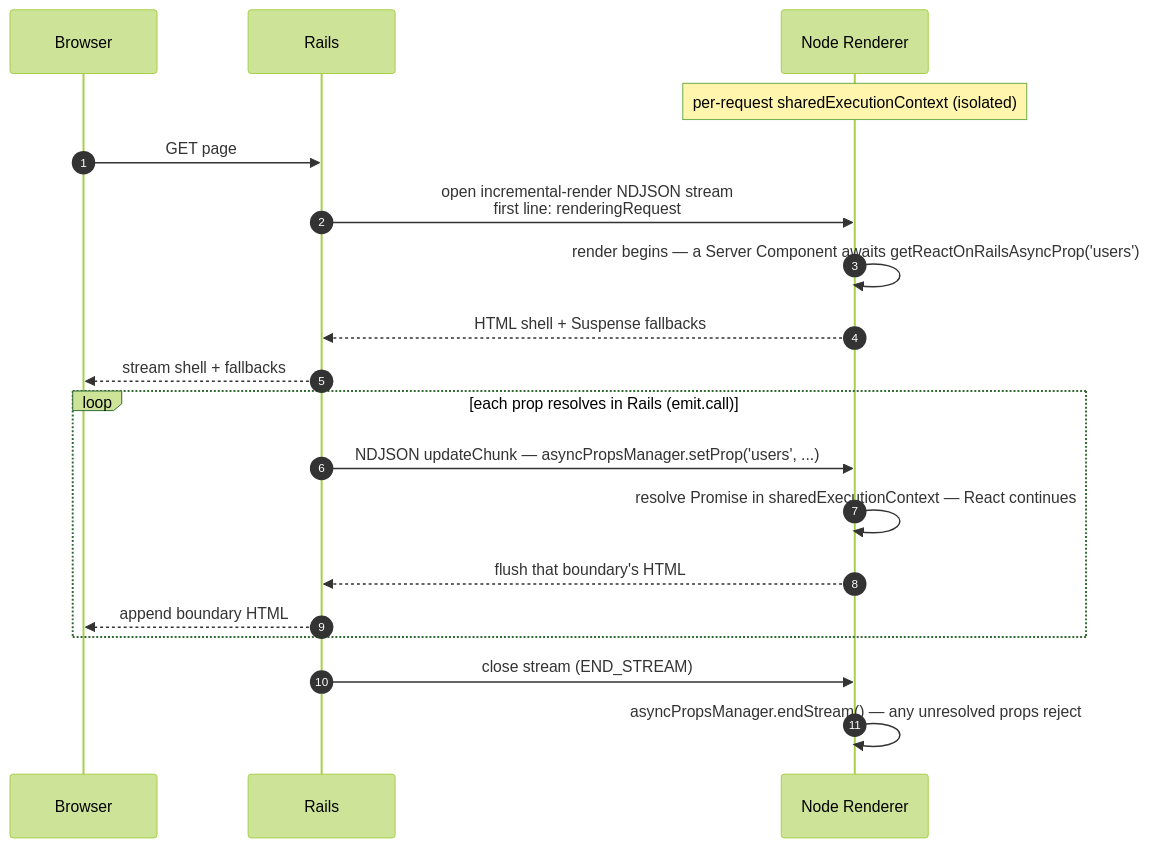
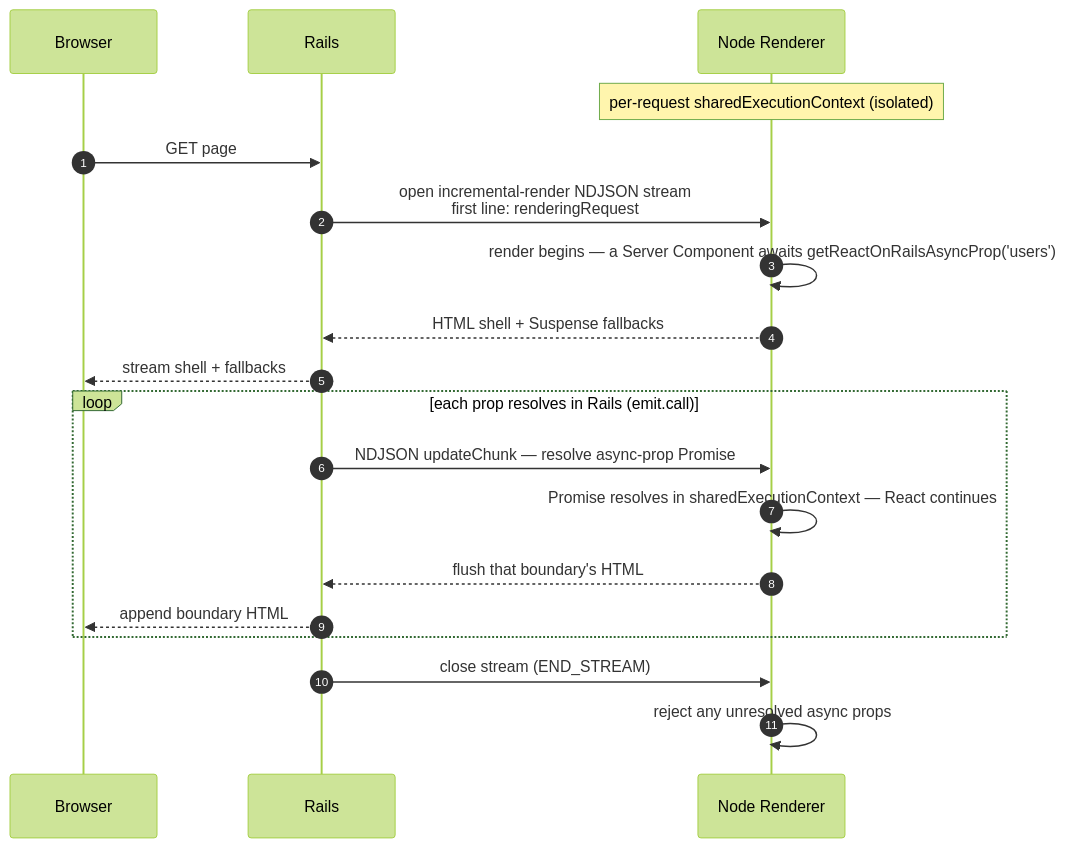
Before and after one commit to shakacode/react_on_rails: the second of 3 diagrams in docs/pro/streaming-ssr.md, drawn with Mermaid (forest theme). The commit also changed other lines of this file and 1 other file, not shown here.

Commit message:
Clarify Node Renderer docs after review

````diff
--- a/docs/pro/streaming-ssr.md
+++ b/docs/pro/streaming-ssr.md
@@ -285,21 +60,21 @@
 ```mermaid
 sequenceDiagram
     autonumber
     participant Browser
     participant Rails
     participant Renderer as Node Renderer
     Note over Renderer: per-request sharedExecutionContext (isolated)
     Browser->>Rails: GET page
     Rails->>Renderer: open incremental-render NDJSON stream<br/>first line: renderingRequest
     Renderer->>Renderer: render begins — a Server Component awaits getReactOnRailsAsyncProp('users')
     Renderer-->>Rails: HTML shell + Suspense fallbacks
     Rails-->>Browser: stream shell + fallbacks
     loop each prop resolves in Rails (emit.call)
-        Rails->>Renderer: NDJSON updateChunk — asyncPropsManager.setProp('users', ...)
-        Renderer->>Renderer: resolve Promise in sharedExecutionContext — React continues
+        Rails->>Renderer: NDJSON updateChunk — resolve async-prop Promise
+        Renderer->>Renderer: Promise resolves in sharedExecutionContext — React continues
         Renderer-->>Rails: flush that boundary's HTML
         Rails-->>Browser: append boundary HTML
     end
     Rails->>Renderer: close stream (END_STREAM)
-    Renderer->>Renderer: asyncPropsManager.endStream() — any unresolved props reject
+    Renderer->>Renderer: reject any unresolved async props
 ```
````
